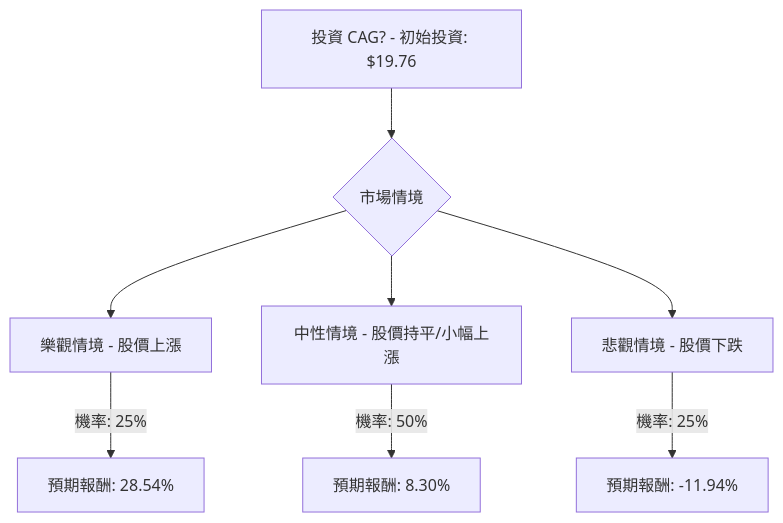
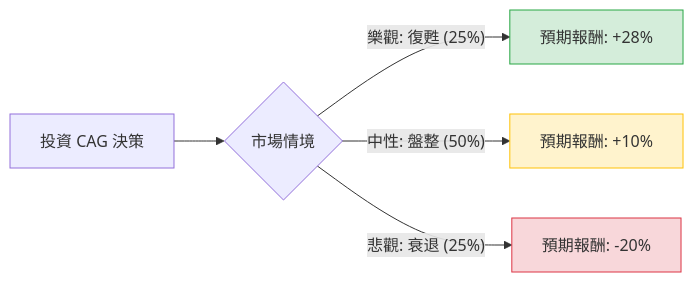
Before and after one commit to zmcx16/zmcx16.github.io: the diagram in plugin-react/ai-analysis/ev-analysis/CAG.md, drawn with Mermaid. The commit also changed other lines of this file and 77 other files, not shown here.

````diff
--- a/plugin-react/ai-analysis/ev-analysis/CAG.md
+++ b/plugin-react/ai-analysis/ev-analysis/CAG.md
@@ -19,10 +21,12 @@
 ```mermaid
-graph TD
-    A[投資 CAG? - 初始投資: $19.76] --> B{市場情境}
-    B --> C[樂觀情境 - 股價上漲]
-    C -- 機率: 25% --> C1[預期報酬: 28.54%]
-    B --> D[中性情境 - 股價持平/小幅上漲]
-    D -- 機率: 50% --> D1[預期報酬: 8.30%]
-    B --> E[悲觀情境 - 股價下跌]
-    E -- 機率: 25% --> E1[預期報酬: -11.94%]
+graph LR
+    A[投資 CAG 決策] --> B{市場情境}
+    
+    B -- 樂觀: 復甦 (25%) --> C[預期報酬: +28%]
+    B -- 中性: 盤整 (50%) --> D[預期報酬: +10%]
+    B -- 悲觀: 衰退 (25%) --> E[預期報酬: -20%]
+
+    style C fill:#d4edda,stroke:#28a745
+    style D fill:#fff3cd,stroke:#ffc107
+    style E fill:#f8d7da,stroke:#dc3545
 ```
````
